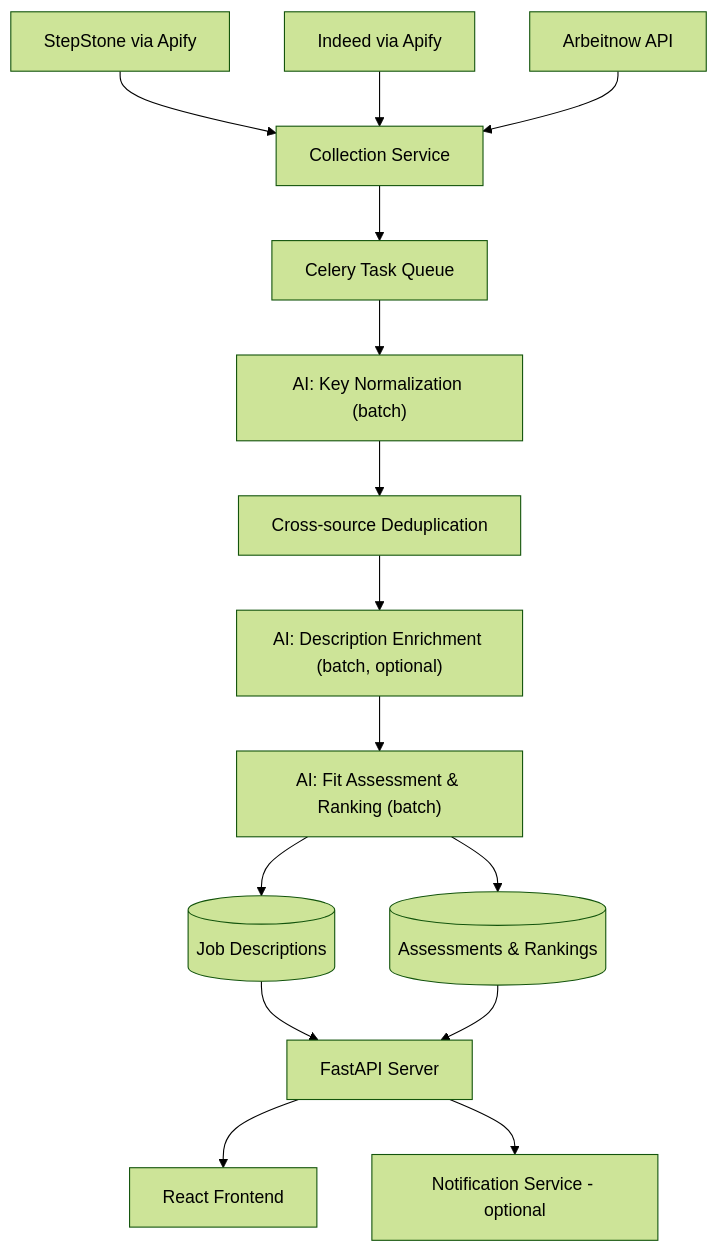
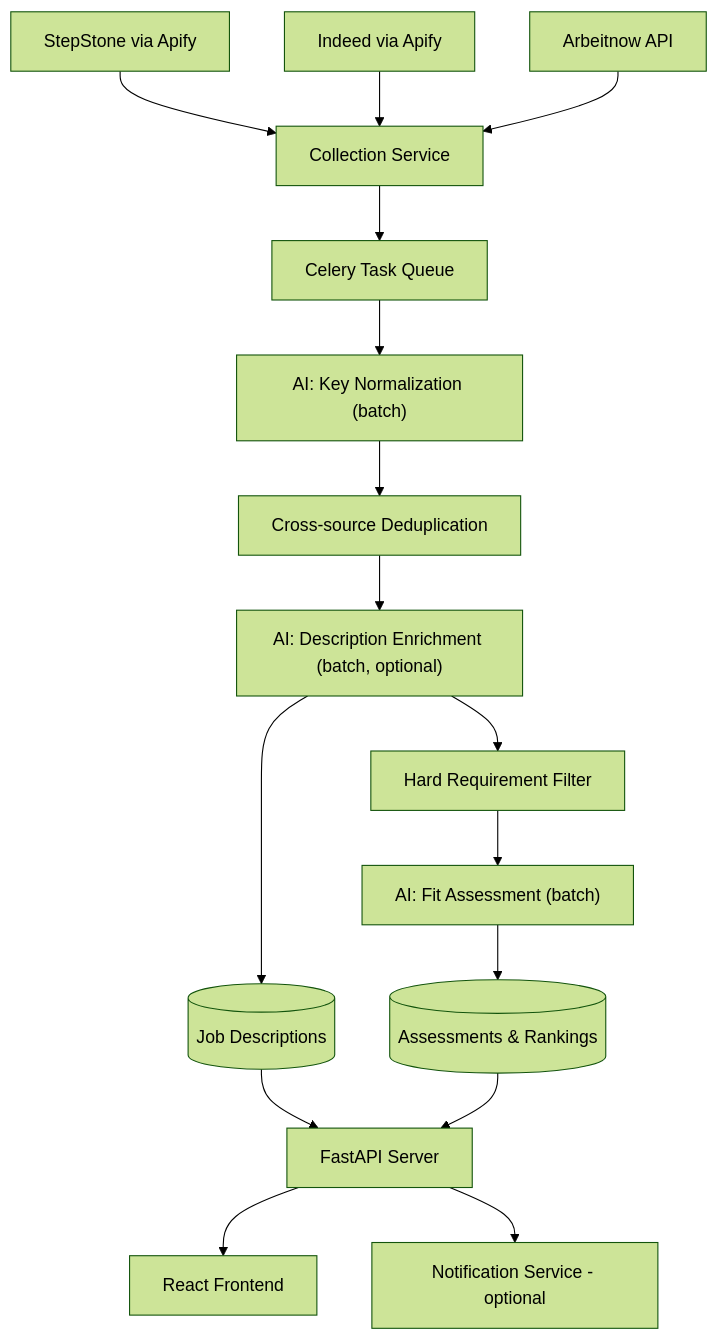
The first of 2 diagrams in README.md (CShadiev/job-aggregator), drawn with Mermaid (forest theme) before and after one commit. The commit also changed other lines of this file, not shown here.

Commit message:
update architecture design

````diff
--- a/README.md
+++ b/README.md
@@ -34,22 +34,24 @@
 ```mermaid
 flowchart TD
     SS[StepStone via Apify] --> COL[Collection Service]
     IN[Indeed via Apify] --> COL
     AN[Arbeitnow API] --> COL
 
     COL --> Q[Celery Task Queue]
 
     Q --> KN["AI: Key Normalization (batch)"]
     KN --> DD[Cross-source Deduplication]
     DD --> ENR["AI: Description Enrichment (batch, optional)"]
-    ENR --> FIT["AI: Fit Assessment & Ranking (batch)"]
 
-    FIT --> DB[(Job Descriptions)]
-    FIT --> AS[(Assessments & Rankings)]
+    ENR --> DB[(Job Descriptions)]
+    ENR --> FILT[Hard Requirement Filter]
+
+    FILT --> AIFIT["AI: Fit Assessment (batch)"]
+    AIFIT --> AS[(Assessments & Rankings)]
 
     DB --> API[FastAPI Server]
     AS --> API
 
     API --> FE[React Frontend]
     API --> NS[Notification Service - optional]
 ```
````
